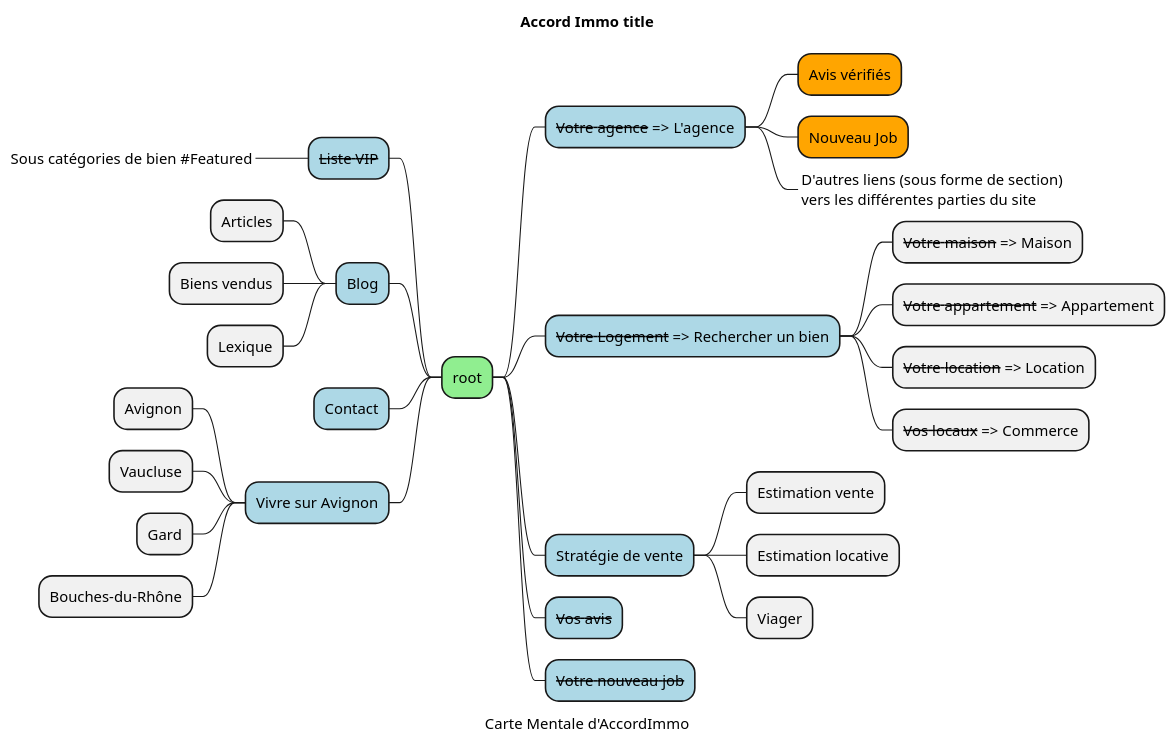
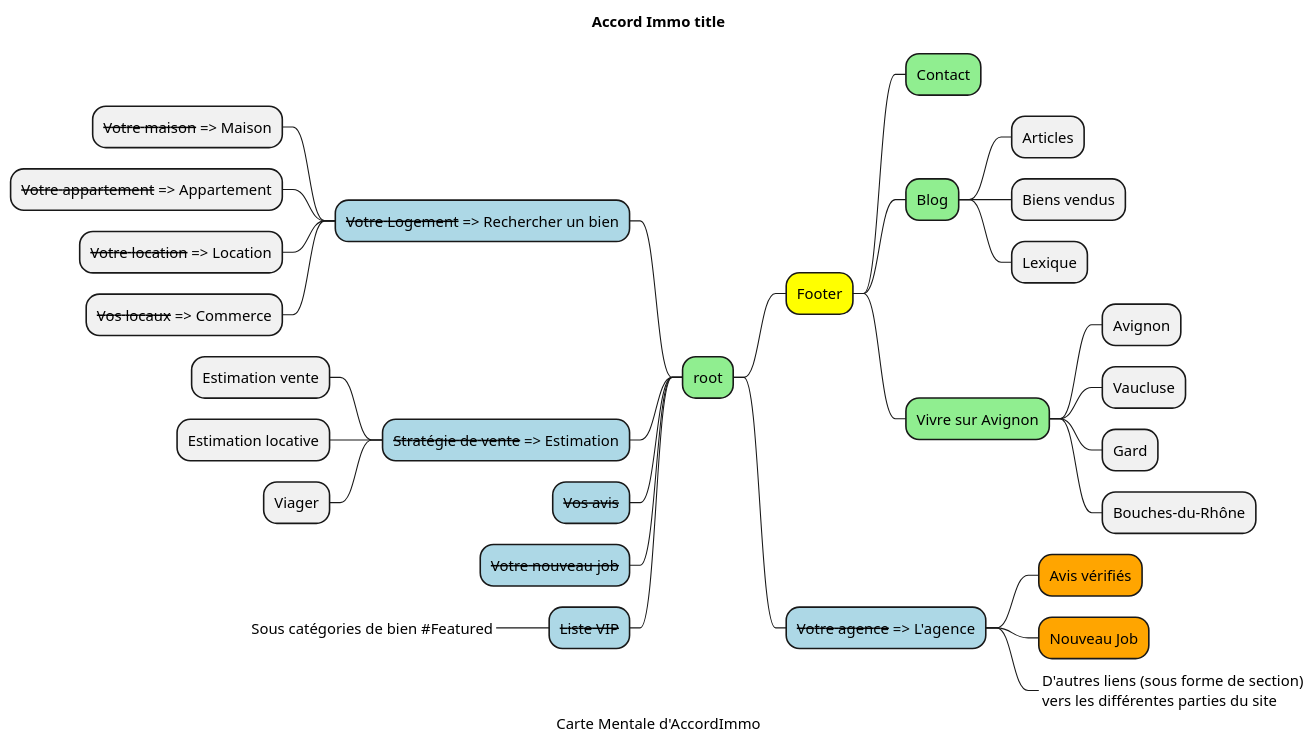
Before and after one commit to ifiroth/accordimmo: the diagram in project/semanticmap.puml, drawn with PlantUML.

Commit message:
merge M. Rousseau recommendations

```diff
--- a/project/semanticmap.puml
+++ b/project/semanticmap.puml
@@ -1,41 +1,42 @@
 @startmindmap
 'https://plantuml.com/mindmap-diagram
 
 caption Carte Mentale d'AccordImmo
 title Accord Immo title
 
-skinparam maxMessageSize 10
-
 *[#LightGreen] root
+**[#Yellow] Footer
+***[#LightGreen] Contact
+***[#LightGreen] Blog
+**** Articles
+**** Biens vendus
+**** Lexique
+***[#LightGreen] Vivre sur Avignon
+**** Avignon
+**** Vaucluse
+**** Gard
+**** Bouches-du-Rhône
 **[#LightBlue] <s>Votre agence</s> => L'agence
 ***[#Orange] Avis vérifiés
 ***[#Orange] Nouveau Job
 ***_ D'autres liens (sous forme de section) \nvers les différentes parties du site
+
+left side
+
 **[#LightBlue] <s>Votre Logement</s> => Rechercher un bien
 *** <s>Votre maison</s> => Maison
 *** <s>Votre appartement</s> => Appartement
 *** <s>Votre location</s> => Location
 *** <s>Vos locaux</s> => Commerce
-**[#LightBlue] Stratégie de vente
+**[#LightBlue] <s>Stratégie de vente</s> => Estimation
 *** Estimation vente
 *** Estimation locative
 *** Viager
 **[#LightBlue] <s>Vos avis</s>
 **[#LightBlue] <s>Votre nouveau job</s>
 
-left side
-
 **[#LightBlue] <s>Liste VIP</s>
 ***_ Sous catégories de bien #Featured
-**[#LightBlue] Blog
-*** Articles
-*** Biens vendus
-*** Lexique
-**[#LightBlue] Contact
-**[#LightBlue] Vivre sur Avignon
-*** Avignon
-*** Vaucluse
-*** Gard
-*** Bouches-du-Rhône
+
 
 @endmindmap
```
